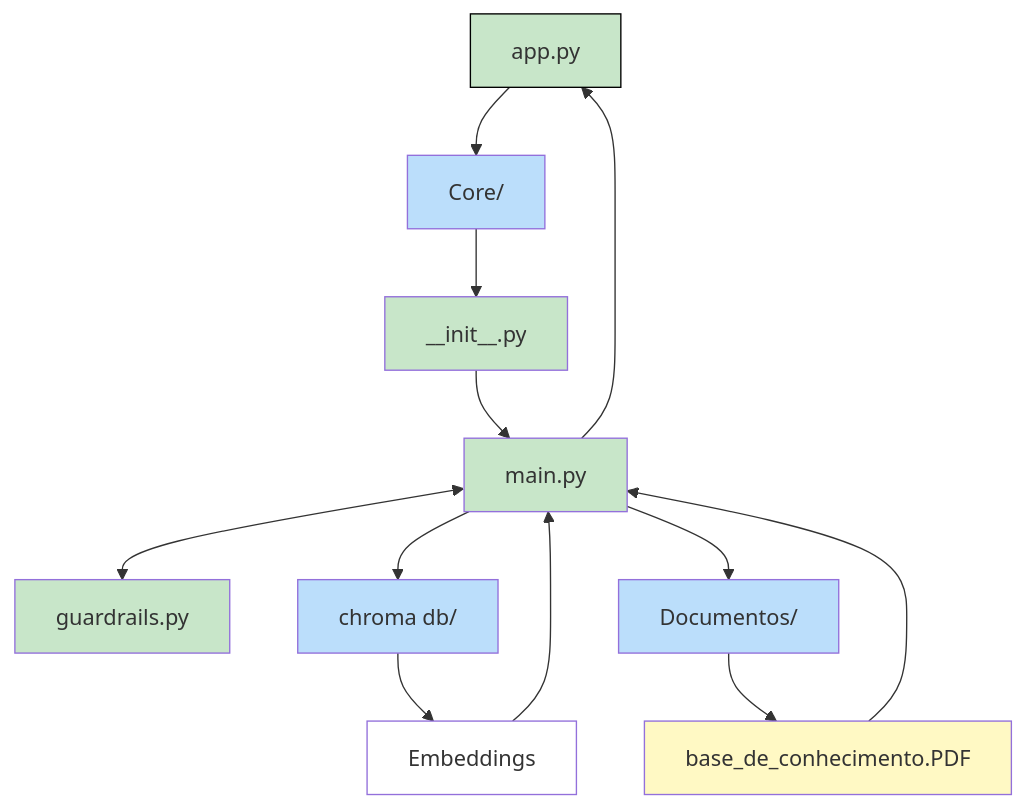
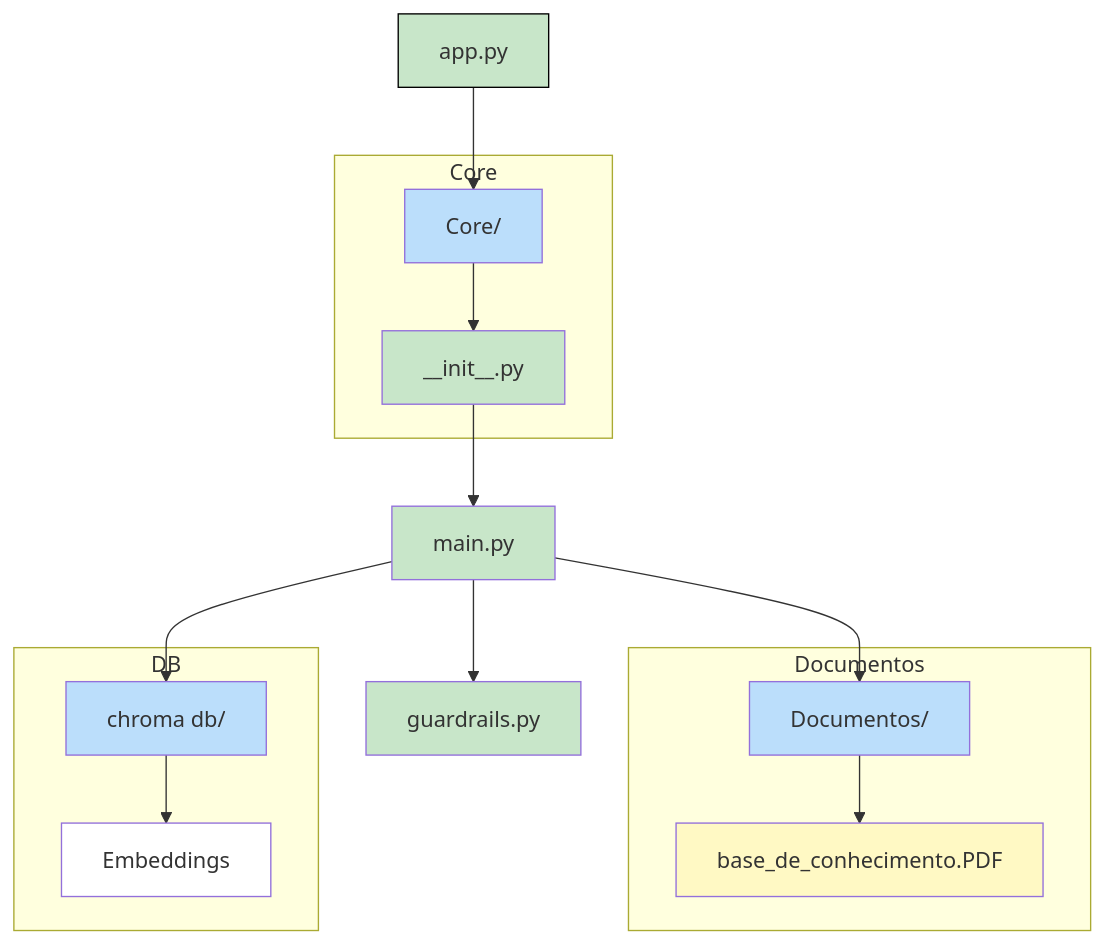
The second of 2 diagrams in docs/01-documentacao-agente.md (flaviarv/chatbot-crypto-exchange-products-and-services), drawn with Mermaid before and after one commit.

````diff
--- a/docs/01-documentacao-agente.md
+++ b/docs/01-documentacao-agente.md
@@ -50,24 +50,37 @@
 ```mermaid
-flowchart TB
-    n1["app.py"] --> n2["Core/"]
-    n2 --> n3["__init__.py"]
+flowchart TD
+    subgraph Core
+        n2["Core/"]
+        n3["__init__.py"]
+    end
+
+    subgraph Documentos
+        n6["Documentos/"]
+        n7["base_de_conhecimento.PDF"]
+    end
+
+    subgraph DB
+        n8["chroma db/"]
+        n9["Embeddings"]
+    end
+
+    n1["app.py"] --> n2
+    n2 --> n3
     n3 --> n4["main.py"]
-    n4 <--> n5["guardrails.py"]
-    n4 --> n8["chroma db/"]
-    n4 --> n6["Documentos/"]
-    n4 --> n1
-    n6 --> n7["base_de_conhecimento.PDF"]
-    n7 --> n4
-    n8 --> n9["Embeddings"]
-    n9 --> n4
+
+    n4 --> n5["guardrails.py"]
+    n4 --> n6
+    n4 --> n8
+    n6 --> n7
+    n8 --> n9
 
     style n1 fill:#C8E6C9,stroke:#000000
     style n2 fill:#BBDEFB
     style n3 fill:#C8E6C9
     style n4 fill:#C8E6C9
     style n5 fill:#C8E6C9
-    style n8 fill:#BBDEFB
     style n6 fill:#BBDEFB
     style n7 fill:#FFF9C4
+    style n8 fill:#BBDEFB
     style n9 fill:#ffffff
 ```
````
